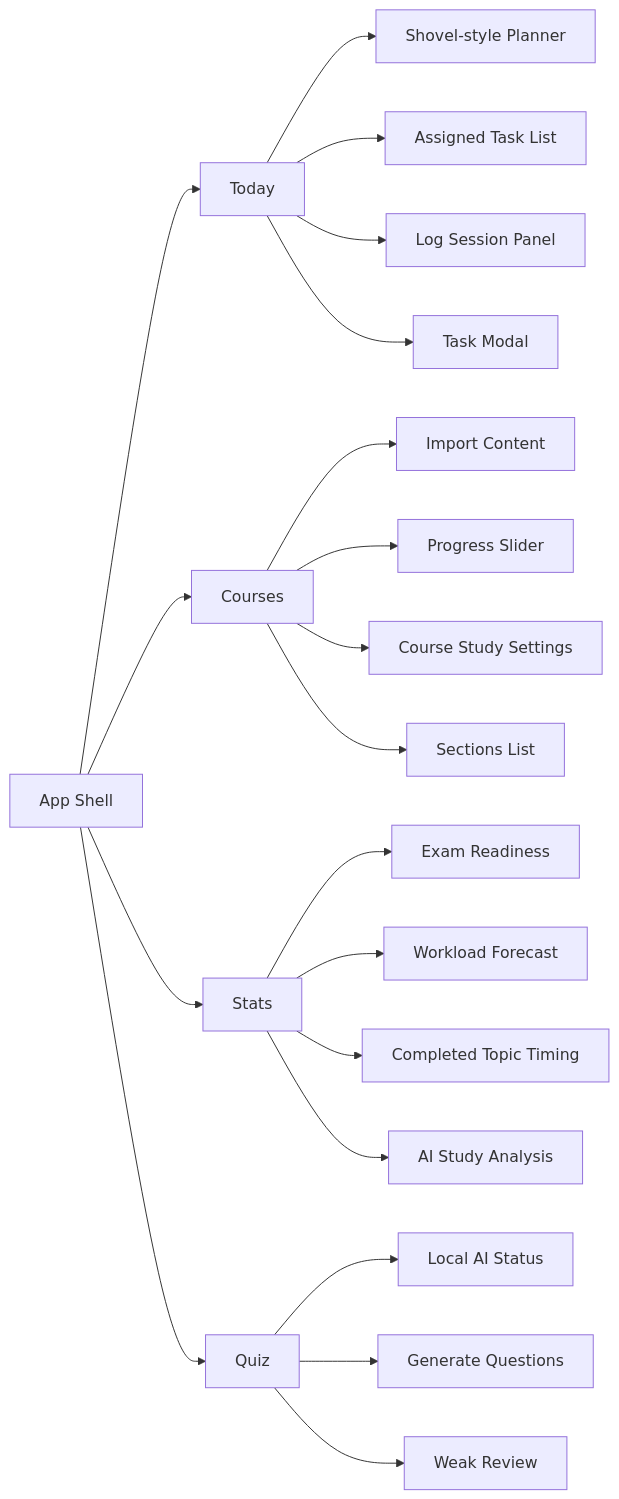
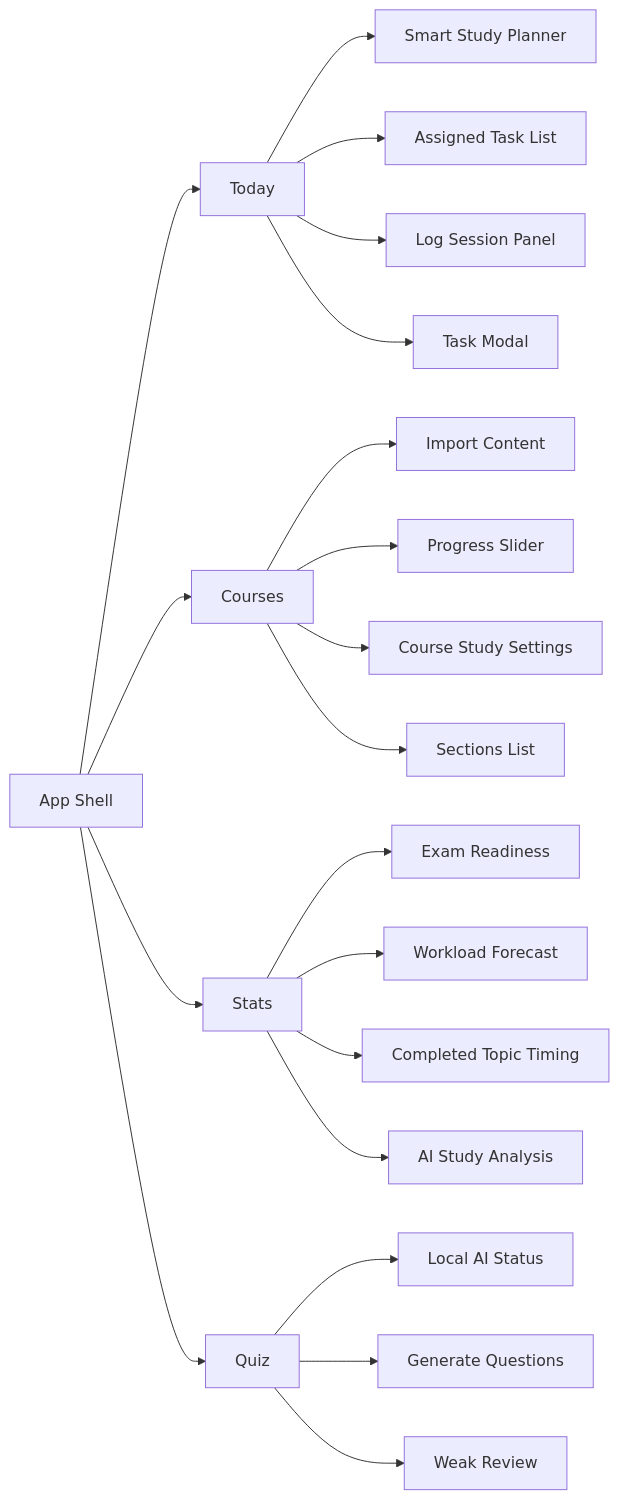
One commit to Kali-ai007/study-vault changed diagram 19 of 20 in docs/ARCHITECTURE_AND_UML.md. Above: the diagram before and after it, drawn with Mermaid. The commit also changed other lines of this file and 3 other files, not shown here.

````diff
--- a/docs/ARCHITECTURE_AND_UML.md
+++ b/docs/ARCHITECTURE_AND_UML.md
@@ -704,32 +704,32 @@
 ```mermaid
 flowchart LR
   Shell["App Shell"]
   Today["Today"]
   Courses["Courses"]
   Stats["Stats"]
   Quiz["Quiz"]
 
   Shell --> Today
   Shell --> Courses
   Shell --> Stats
   Shell --> Quiz
 
-  Today --> Planner["Shovel-style Planner"]
+  Today --> Planner["Smart Study Planner"]
   Today --> TaskList["Assigned Task List"]
   Today --> LogPanel["Log Session Panel"]
   Today --> TaskModal["Task Modal"]
 
   Courses --> Import["Import Content"]
   Courses --> Progress["Progress Slider"]
   Courses --> Settings["Course Study Settings"]
   Courses --> Sections["Sections List"]
 
   Stats --> Readiness["Exam Readiness"]
   Stats --> Forecast["Workload Forecast"]
   Stats --> Timing["Completed Topic Timing"]
   Stats --> AIStats["AI Study Analysis"]
 
   Quiz --> OllamaStatus["Local AI Status"]
   Quiz --> Generate["Generate Questions"]
   Quiz --> WeakReview["Weak Review"]
 ```
````
